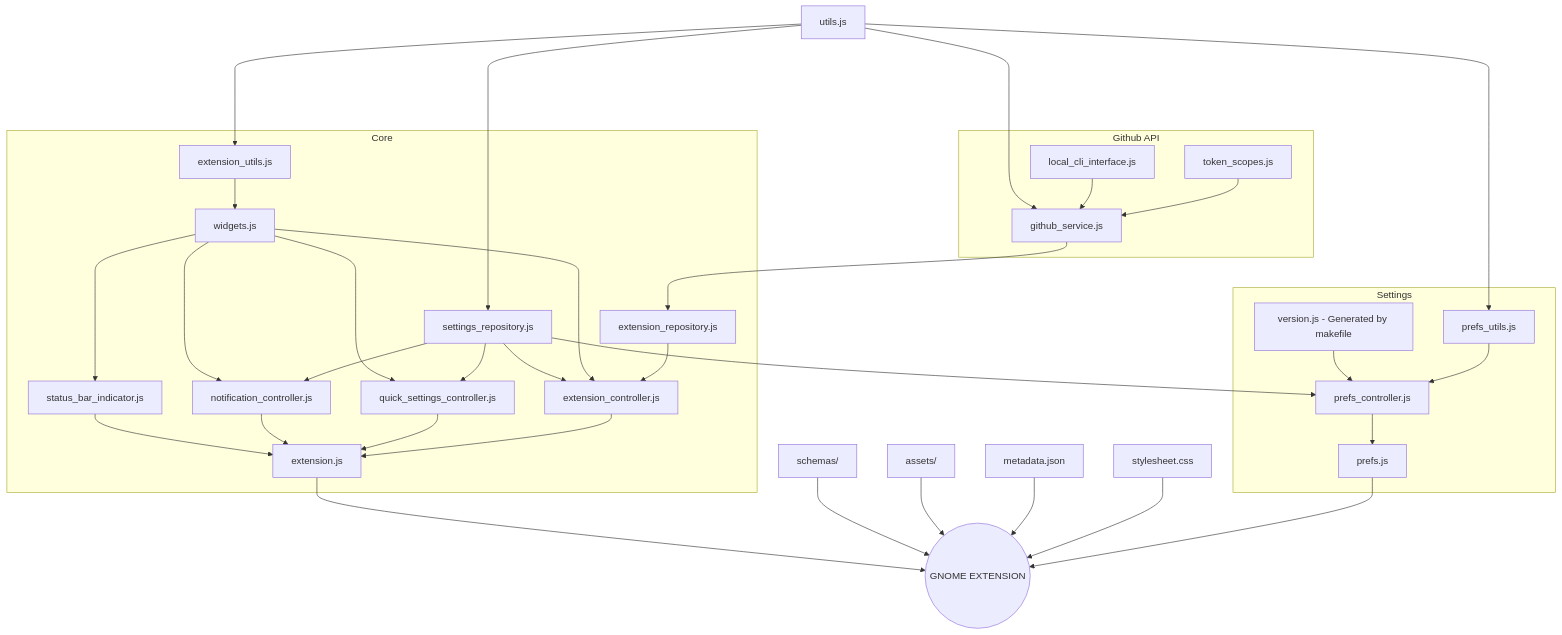
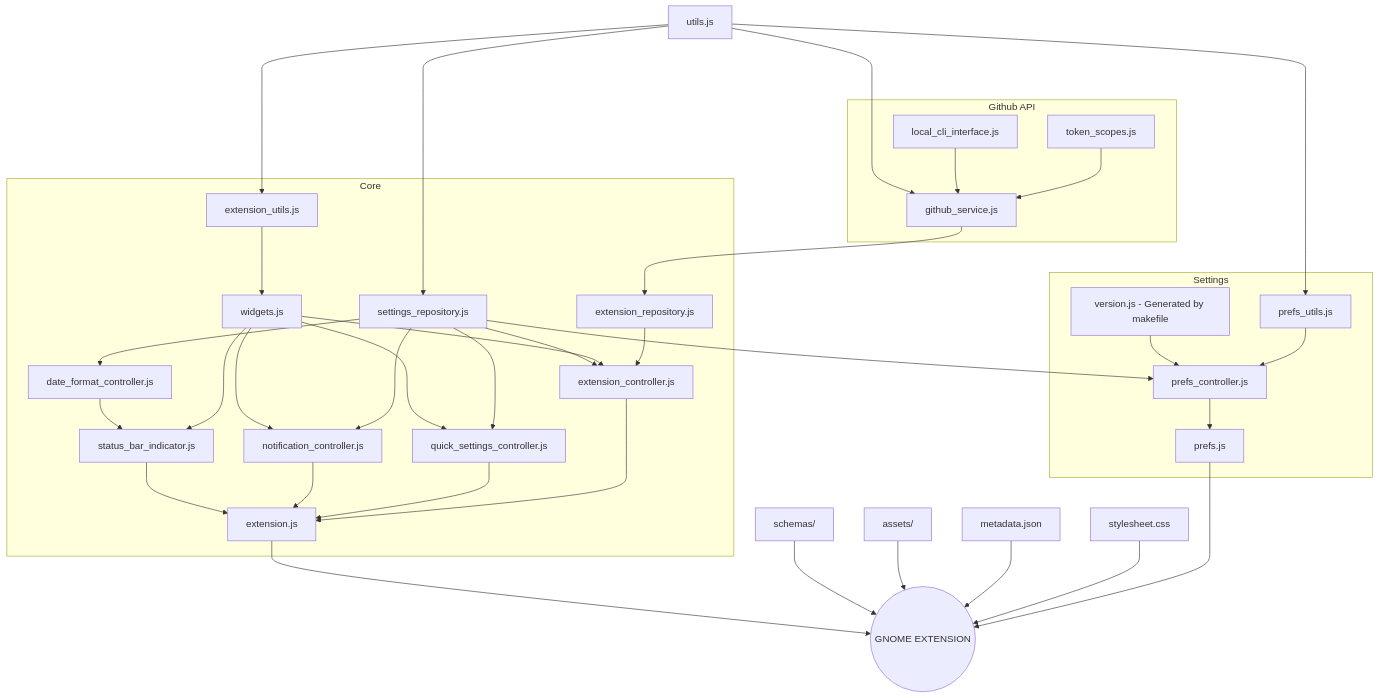
Before and after one commit to arononak/github-actions-gnome-extension: the diagram in README.md, drawn with Mermaid. The commit also changed 12 other files, not shown here.

Commit message:
Added date format by country locale

````diff
--- a/README.md
+++ b/README.md
@@ -33,59 +33,62 @@
 ```mermaid
 graph TD
     utils.js---->extension_utils.js
     utils.js---->github_service.js
     utils.js---->prefs_utils.js
     utils.js---->settings_repository.js
     extension_utils.js-->widgets.js
+    settings_repository.js-->date_format_controller.js
+    date_format_controller.js-->status_bar_indicator.js
     widgets.js--->status_bar_indicator.js
     widgets.js--->quick_settings_controller.js
     widgets.js--->notification_controller.js
     settings_repository.js-->extension_controller.js
     widgets.js-->extension_controller.js
     local_cli_interface.js-->github_service.js
     token_scopes.js-->github_service.js
     github_service.js-->extension_repository.js
     extension_repository.js-->extension_controller.js
     settings_repository.js-->quick_settings_controller.js
     settings_repository.js-->notification_controller.js
     settings_repository.js-->prefs_controller.js
     version.js[version.js - Generated by makefile]-->prefs_controller.js
     prefs_utils.js-->prefs_controller.js
     prefs_controller.js-->prefs.js
     status_bar_indicator.js-->extension.js
     notification_controller.js-->extension.js
     quick_settings_controller.js-->extension.js
     extension_controller.js-->extension.js
     
     extension.js-->EXTENSION((GNOME EXTENSION))
     schemas/-->EXTENSION((GNOME EXTENSION))
     assets/-->EXTENSION((GNOME EXTENSION))
     metadata.json-->EXTENSION((GNOME EXTENSION))
     stylesheet.css-->EXTENSION((GNOME EXTENSION))
     prefs.js-->EXTENSION((GNOME EXTENSION))
 
     subgraph "Settings"
         version.js
         prefs.js
         prefs_controller.js
         prefs_utils.js
     end
 
     subgraph "Github API"
         token_scopes.js
         local_cli_interface.js
         github_service.js
     end
 
     subgraph "Core"
         extension.js
         extension_controller.js
         quick_settings_controller.js
         notification_controller.js
         status_bar_indicator.js
         settings_repository.js
         widgets.js
         extension_utils.js
         extension_repository.js
+        date_format_controller.js
     end
 ```
````
